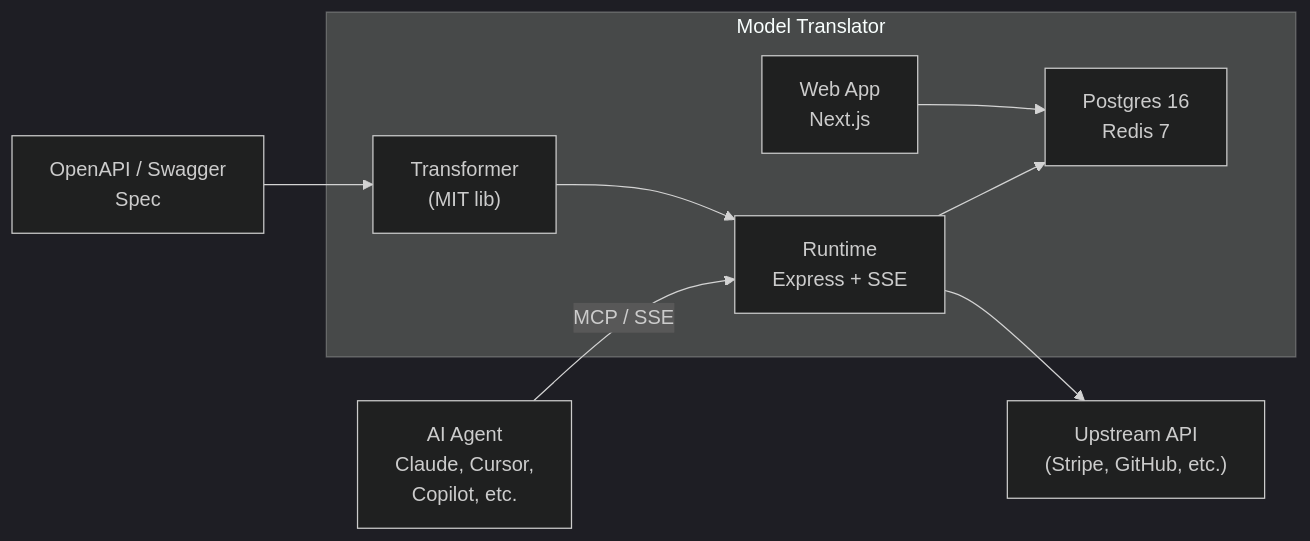
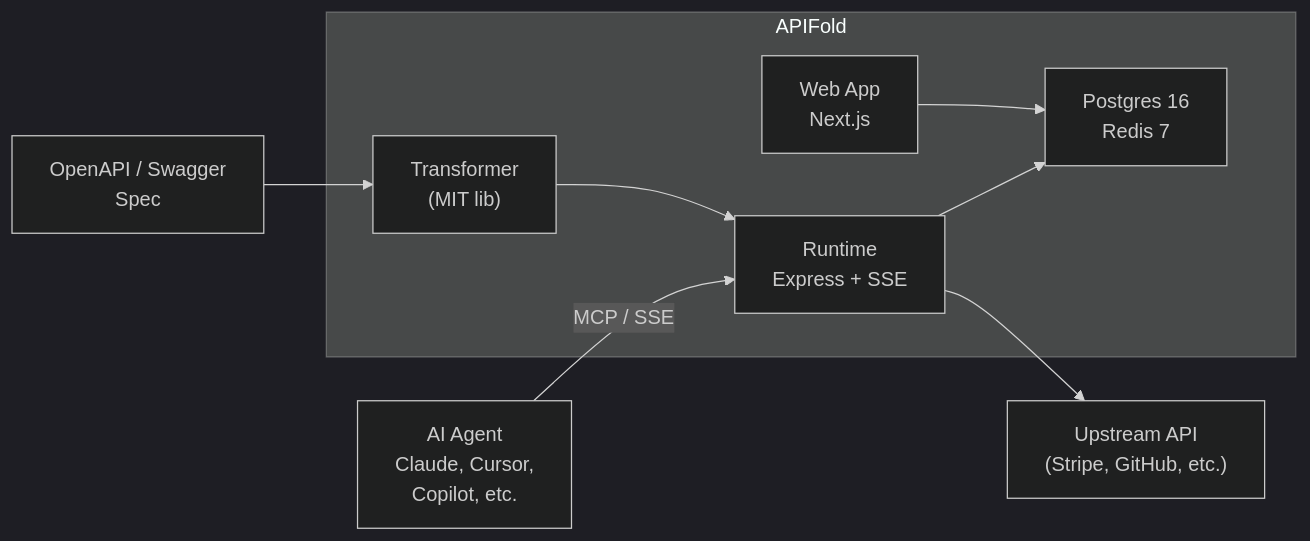
The diagram in README.md (Work90210/APIFold), drawn with Mermaid (dark theme) before and after one commit. The commit also changed other lines of this file and 102 other files, not shown here.

````diff
--- a/README.md
+++ b/README.md
@@ -117,14 +117,14 @@
 ```mermaid
 graph LR
     Spec["OpenAPI / Swagger\nSpec"] --> Transformer
 
-    subgraph MT["Model Translator"]
+    subgraph MT["APIFold"]
         Transformer["Transformer\n(MIT lib)"]
         Transformer --> Runtime["Runtime\nExpress + SSE"]
         Web["Web App\nNext.js"] --> DB["Postgres 16\nRedis 7"]
         Runtime --> DB
     end
 
     Runtime --> Upstream["Upstream API\n(Stripe, GitHub, etc.)"]
     Agent["AI Agent\nClaude, Cursor,\nCopilot, etc."] -- "MCP / SSE" --> Runtime
 ```
````
